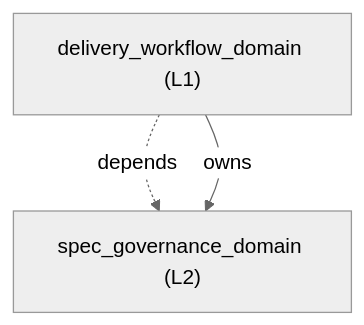
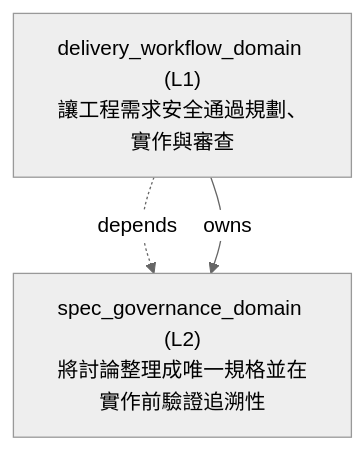
One commit to ShinWeiPeng/skills changed the first of 2 diagrams in plugins/governed-engineering-skills/architecture/generated/delivery_workflow_domain.md. Above: the diagram before and after it, drawn with Mermaid (neutral theme). The commit also changed other lines of this file and 73 other files, not shown here.

Commit message:
add function-first architecture descriptions

````diff
--- a/plugins/governed-engineering-skills/architecture/generated/delivery_workflow_domain.md
+++ b/plugins/governed-engineering-skills/architecture/generated/delivery_workflow_domain.md
@@ -7,7 +7,7 @@
 ```mermaid
 flowchart TD
-    n_delivery_workflow_domain["delivery_workflow_domain (L1)"]
-    n_spec_governance_domain["spec_governance_domain (L2)"]
+    n_delivery_workflow_domain["delivery_workflow_domain (L1)<br/>讓工程需求安全通過規劃、實作與審查"]
+    n_spec_governance_domain["spec_governance_domain (L2)<br/>將討論整理成唯一規格並在實作前驗證追溯性"]
     n_delivery_workflow_domain -.->|depends| n_spec_governance_domain
     n_delivery_workflow_domain -->|owns| n_spec_governance_domain
 ```
````
